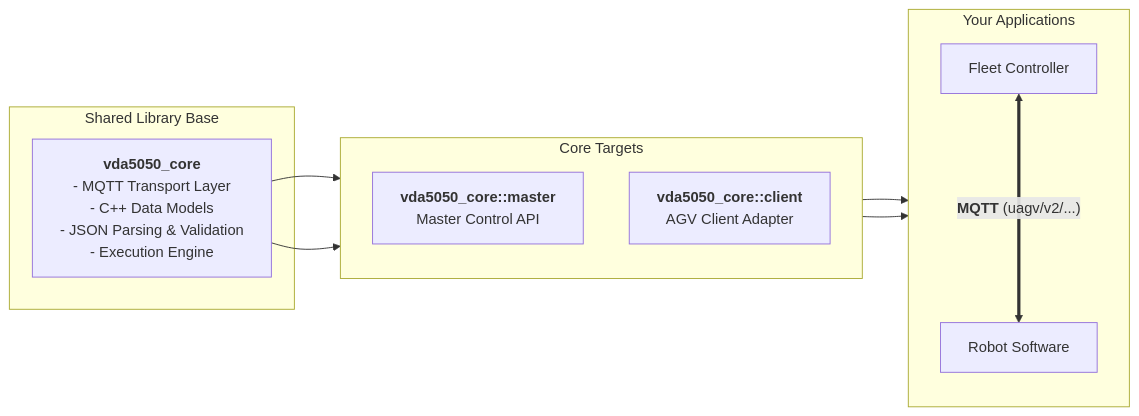
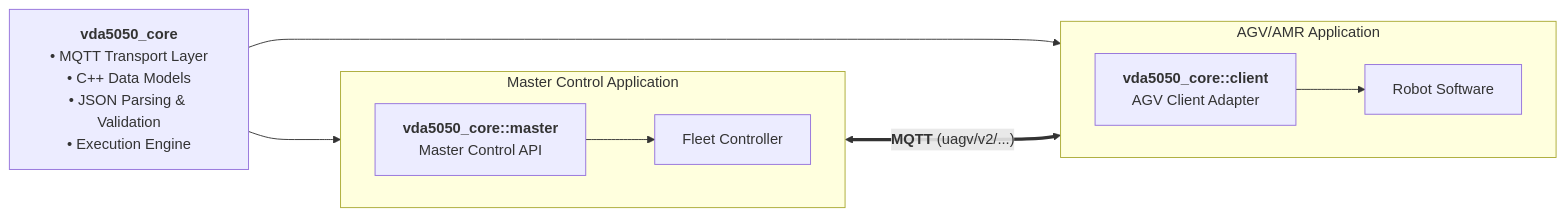
One commit to ros-industrial/vda5050_client changed the diagram in README.md. Above: the diagram before and after it, drawn with Mermaid.

Commit message:
docs: restructure diagram to fix disconnected view

````diff
--- a/README.md
+++ b/README.md
@@ -10,26 +10,23 @@
 ```mermaid
 flowchart LR
-    subgraph Core["Shared Library Base"]
-        Shared["<b>vda5050_core</b><br/>- MQTT Transport Layer</br>- C++ Data Models<br/>- JSON Parsing & Validation<br/>- Execution Engine<br/>"]
+    Shared["<b>vda5050_core</b><br/>• MQTT Transport Layer<br/>• C++ Data Models<br/>• JSON Parsing & Validation<br/>• Execution Engine"]
+
+    subgraph MasterTrack["Master Control Application"]
+        direction LR
+        MasterAPI["<b>vda5050_core::master</b><br/>Master Control API"]
+        MasterApp["Fleet Controller"]
+        MasterAPI --> MasterApp
     end
 
-    subgraph Targets["Core Targets"]
-        direction TB
-        MasterAPI["<b>vda5050_core::master</b><br/>Master Control API"]
+    subgraph ClientTrack["AGV/AMR Application"]
+        direction LR
         ClientAPI["<b>vda5050_core::client</b><br/>AGV Client Adapter"]
+        ClientApp["Robot Software"]
+        ClientAPI --> ClientApp
     end
 
-    subgraph Apps["Your Applications"]
-        direction TB
-        MasterApp["Fleet Controller"]
-        ClientApp["Robot Software"]
-    end
-
-    Shared --> MasterAPI
+    Shared ---> MasterAPI
     Shared --> ClientAPI
 
-    MasterAPI --> MasterApp
-    ClientAPI --> ClientApp
-
-    MasterApp <====>|"<b>MQTT</b> (uagv/v2/...)"| ClientApp
+    MasterApp <===>|"<b>MQTT</b> (uagv/v2/...)"| ClientApp
 ```
````
